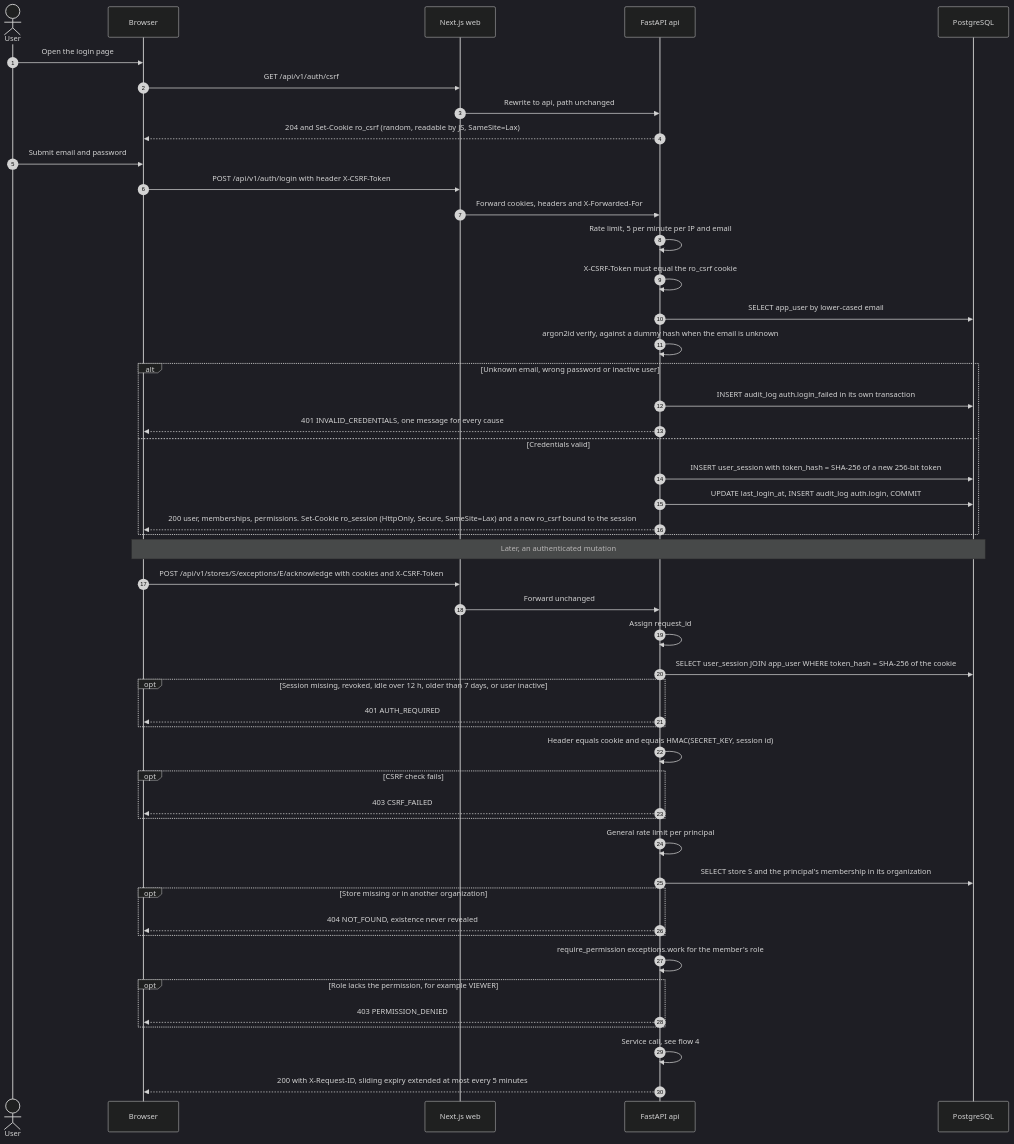
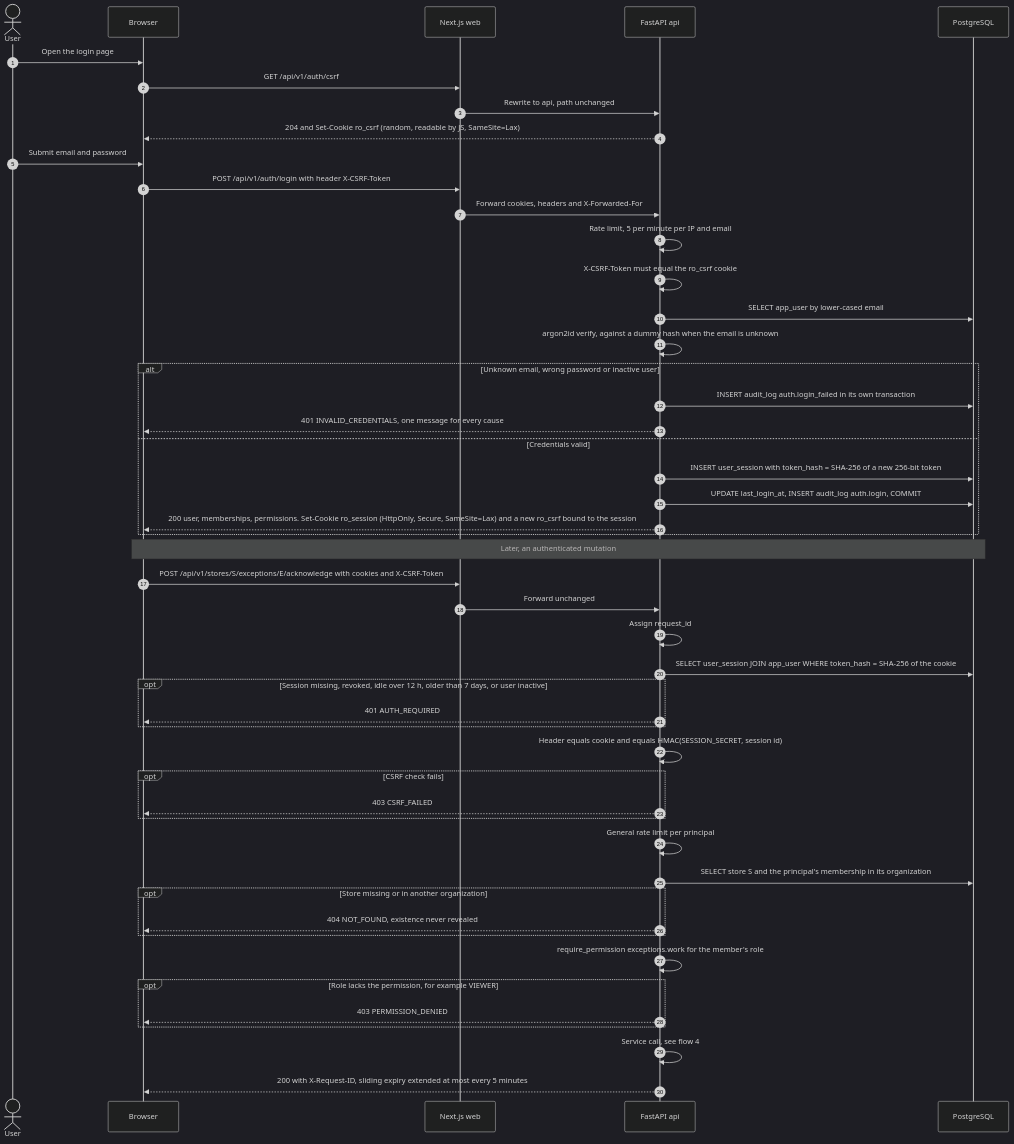
The first of 5 diagrams in docs/architecture/DATA_FLOW.md (tinhne/retailops-intelligence), drawn with Mermaid (dark theme) before and after one commit. The commit also changed 5 other files, not shown here.

````diff
--- a/docs/architecture/DATA_FLOW.md
+++ b/docs/architecture/DATA_FLOW.md
@@ -21,53 +21,53 @@
 ```mermaid
 sequenceDiagram
     autonumber
     actor U as User
     participant B as Browser
     participant W as Next.js web
     participant A as FastAPI api
     participant D as PostgreSQL
 
     U->>B: Open the login page
     B->>W: GET /api/v1/auth/csrf
     W->>A: Rewrite to api, path unchanged
     A-->>B: 204 and Set-Cookie ro_csrf (random, readable by JS, SameSite=Lax)
     U->>B: Submit email and password
     B->>W: POST /api/v1/auth/login with header X-CSRF-Token
     W->>A: Forward cookies, headers and X-Forwarded-For
     A->>A: Rate limit, 5 per minute per IP and email
     A->>A: X-CSRF-Token must equal the ro_csrf cookie
     A->>D: SELECT app_user by lower-cased email
     A->>A: argon2id verify, against a dummy hash when the email is unknown
     alt Unknown email, wrong password or inactive user
         A->>D: INSERT audit_log auth.login_failed in its own transaction
         A-->>B: 401 INVALID_CREDENTIALS, one message for every cause
     else Credentials valid
         A->>D: INSERT user_session with token_hash = SHA-256 of a new 256-bit token
         A->>D: UPDATE last_login_at, INSERT audit_log auth.login, COMMIT
         A-->>B: 200 user, memberships, permissions. Set-Cookie ro_session (HttpOnly, Secure, SameSite=Lax) and a new ro_csrf bound to the session
     end
 
     Note over B,D: Later, an authenticated mutation
     B->>W: POST /api/v1/stores/S/exceptions/E/acknowledge with cookies and X-CSRF-Token
     W->>A: Forward unchanged
     A->>A: Assign request_id
     A->>D: SELECT user_session JOIN app_user WHERE token_hash = SHA-256 of the cookie
     opt Session missing, revoked, idle over 12 h, older than 7 days, or user inactive
         A-->>B: 401 AUTH_REQUIRED
     end
-    A->>A: Header equals cookie and equals HMAC(SECRET_KEY, session id)
+    A->>A: Header equals cookie and equals HMAC(SESSION_SECRET, session id)
     opt CSRF check fails
         A-->>B: 403 CSRF_FAILED
     end
     A->>A: General rate limit per principal
     A->>D: SELECT store S and the principal's membership in its organization
     opt Store missing or in another organization
         A-->>B: 404 NOT_FOUND, existence never revealed
     end
     A->>A: require_permission exceptions.work for the member's role
     opt Role lacks the permission, for example VIEWER
         A-->>B: 403 PERMISSION_DENIED
     end
     A->>A: Service call, see flow 4
     A-->>B: 200 with X-Request-ID, sliding expiry extended at most every 5 minutes
 ```
````
